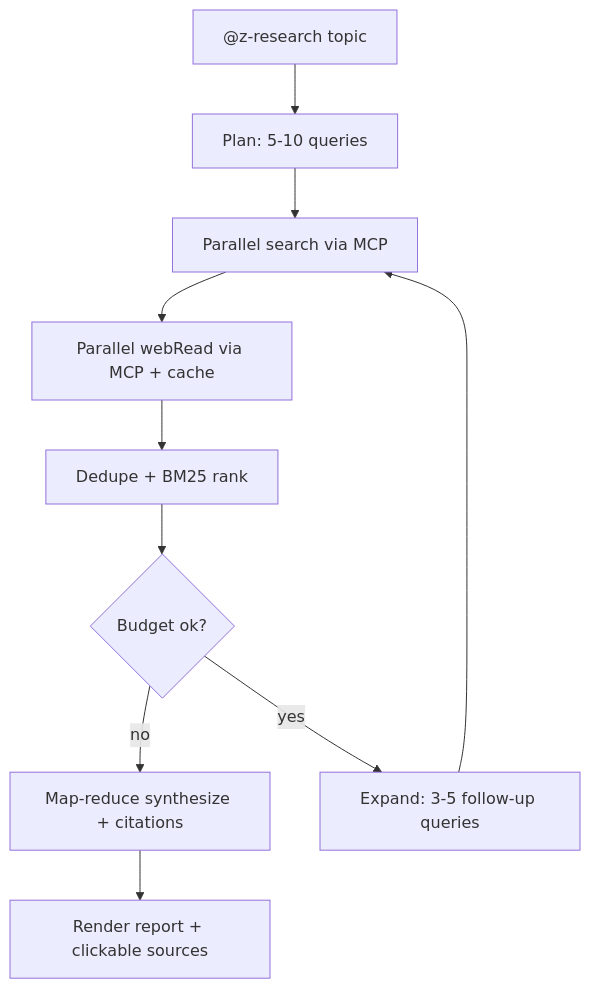
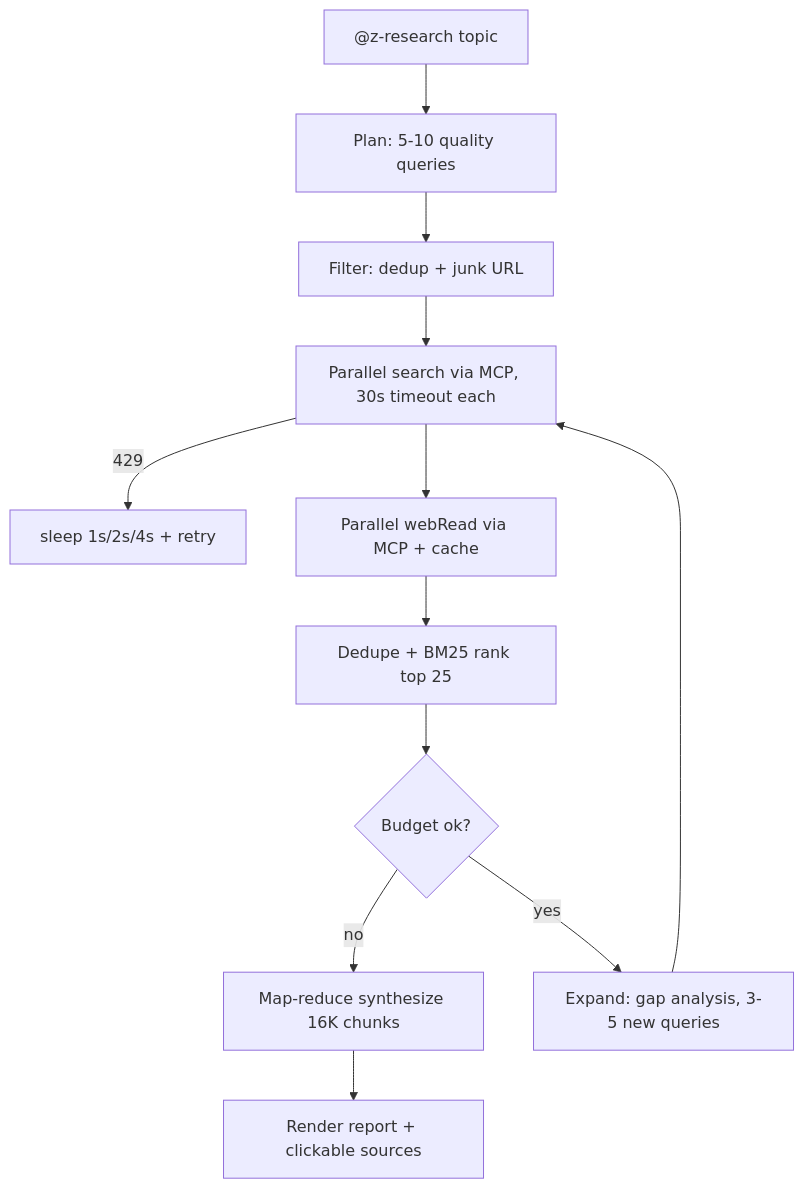
Before and after one commit to ltmoerdani/zai-copilot-chat: the diagram in README.md, drawn with Mermaid. The commit also changed other lines of this file and 1 other file, not shown here.

Commit message:
feat: Update package description and version for deep research enhancements

````diff
--- a/README.md
+++ b/README.md
@@ -78,12 +84,14 @@
 ```mermaid
 flowchart TD
-    U["@z-research topic"] --> Plan[Plan: 5-10 queries]
-    Plan --> Search[Parallel search via MCP]
+    U["@z-research topic"] --> Plan[Plan: 5-10 quality queries]
+    Plan --> Filter[Filter: dedup + junk URL]
+    Filter --> Search[Parallel search via MCP, 30s timeout each]
+    Search -->|429| Retry[sleep 1s/2s/4s + retry]
     Search --> Read[Parallel webRead via MCP + cache]
-    Read --> Rank[Dedupe + BM25 rank]
+    Read --> Rank[Dedupe + BM25 rank top 25]
     Rank --> Done{Budget ok?}
-    Done -- no --> Synth[Map-reduce synthesize + citations]
-    Done -- yes --> Expand[Expand: 3-5 follow-up queries]
+    Done -- no --> Synth[Map-reduce synthesize 16K chunks]
+    Done -- yes --> Expand[Expand: gap analysis, 3-5 new queries]
     Expand --> Search
     Synth --> Out[Render report + clickable sources]
 ```
````
